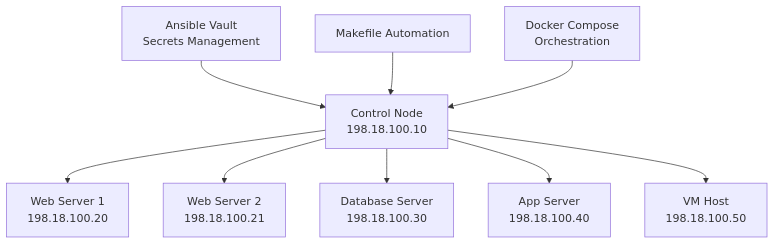
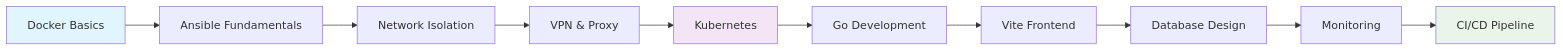
One commit to rafaelmfried/ansible-lab changed the diagram in docs/01-introducao.md. Above: the diagram before and after it, drawn with Mermaid. The commit also changed other lines of this file and 1 other file, not shown here.

Commit message:
feat: add centralized firewall architecture documentation for network isolation

````diff
--- a/docs/01-introducao.md
+++ b/docs/01-introducao.md
@@ -39,12 +208,16 @@
 ```mermaid
-graph TB
-    A[Control Node<br/>198.18.100.10] --> B[Web Server 1<br/>198.18.100.20]
-    A --> C[Web Server 2<br/>198.18.100.21]
-    A --> D[Database Server<br/>198.18.100.30]
-    A --> E[App Server<br/>198.18.100.40]
-    A --> F[VM Host<br/>198.18.100.50]
-
-    G[Ansible Vault<br/>Secrets Management] --> A
-    H[Makefile Automation] --> A
-    I[Docker Compose<br/>Orchestration] --> A
+graph LR
+    A[Docker Basics] --> B[Ansible Fundamentals]
+    B --> C[Network Isolation]
+    C --> D[VPN & Proxy]
+    D --> E[Kubernetes]
+    E --> F[Go Development]
+    F --> G[Vite Frontend]
+    G --> H[Database Design]
+    H --> I[Monitoring]
+    I --> J[CI/CD Pipeline]
+    
+    style A fill:#e1f5fe
+    style E fill:#f3e5f5
+    style J fill:#e8f5e8
 ```
````
